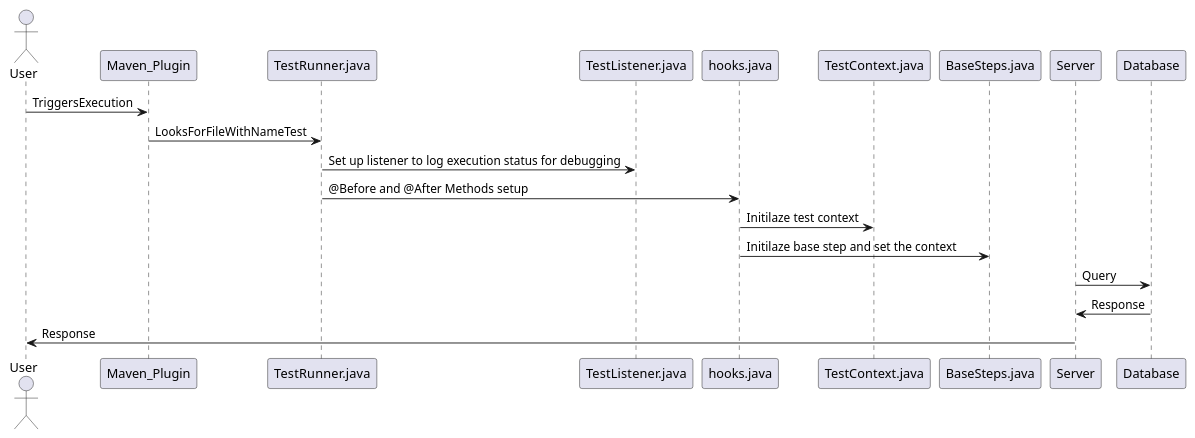
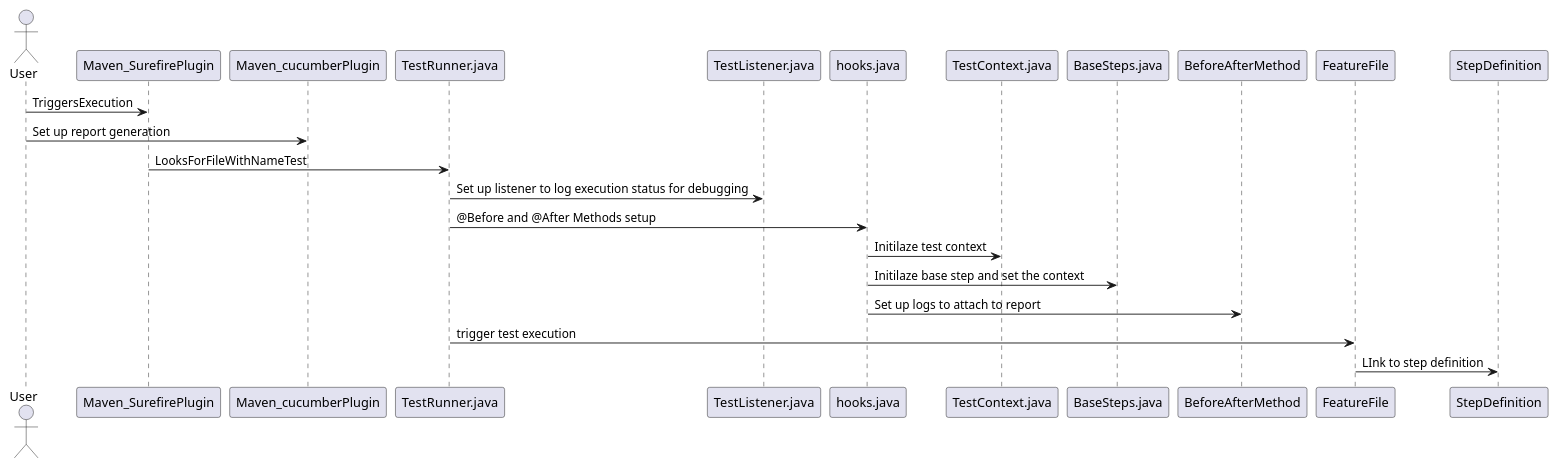
Before and after one commit to AgoBalan/BDDRepo: the diagram in sequenceDiagram.puml, drawn with PlantUML. The commit also changed 2 other files, not shown here.

```diff
--- a/sequenceDiagram.puml
+++ b/sequenceDiagram.puml
@@ -1,12 +1,13 @@
 @startuml
 actor User
-User -> Maven_Plugin: TriggersExecution
-Maven_Plugin -> TestRunner.java: LooksForFileWithNameTest
+User -> Maven_SurefirePlugin: TriggersExecution
+User -> Maven_cucumberPlugin: Set up report generation
+Maven_SurefirePlugin -> TestRunner.java: LooksForFileWithNameTest
 TestRunner.java -> TestListener.java: Set up listener to log execution status for debugging
 TestRunner.java -> hooks.java: @Before and @After Methods setup
 hooks.java ->TestContext.java: Initilaze test context
 hooks.java ->BaseSteps.java: Initilaze base step and set the context
-Server -> Database: Query
-Database -> Server: Response
-Server -> User: Response
+hooks.java ->BeforeAfterMethod: Set up logs to attach to report
+TestRunner.java -> FeatureFile: trigger test execution
+FeatureFile -> StepDefinition: LInk to step definition
 @enduml
```
